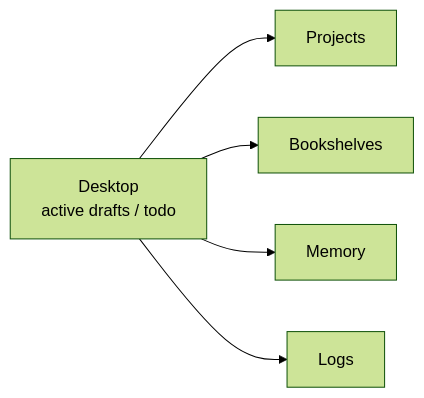
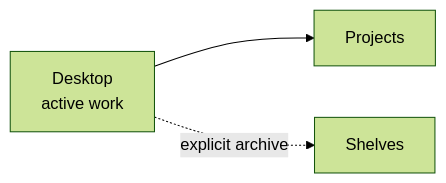
Before and after one commit to Ri0n72Y/agent-identity-cycle: the fourth of 4 diagrams in docs/data-flow.md, drawn with Mermaid (forest theme). The commit also changed other lines of this file and 14 other files, not shown here.

````diff
--- a/docs/data-flow.md
+++ b/docs/data-flow.md
@@ -139,13 +131,9 @@
 ```mermaid
 flowchart LR
-    D[Desktop\nactive drafts / todo]
+    D[Desktop\nactive work]
     P[Projects]
-    B[Bookshelves]
-    M[Memory]
-    L[Logs]
+    B[Shelves]
 
     D --> P
-    D --> B
-    D --> M
-    D --> L
+    D -. explicit archive .-> B
 ```
````
